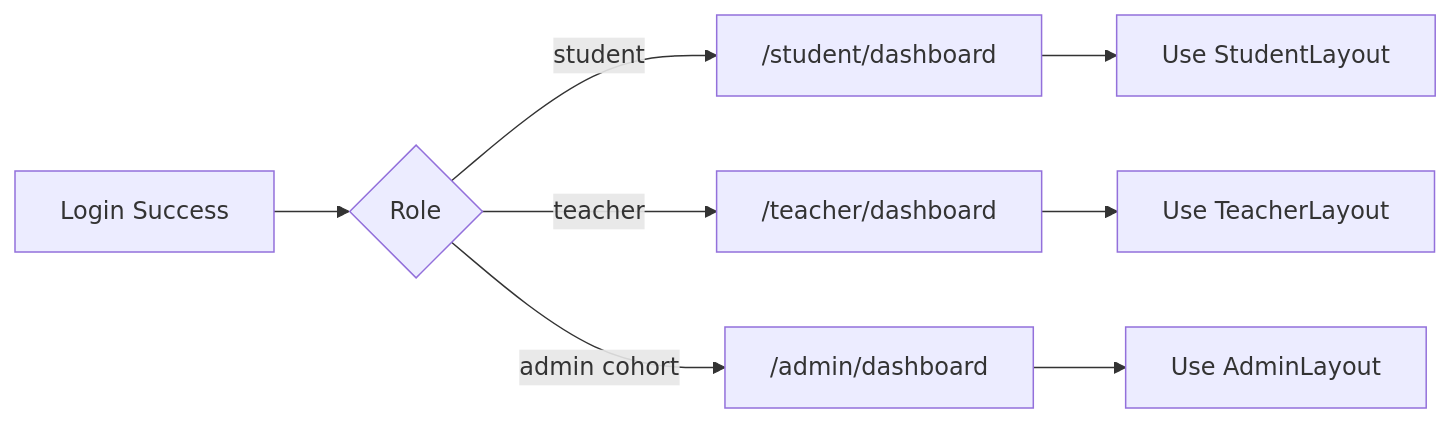
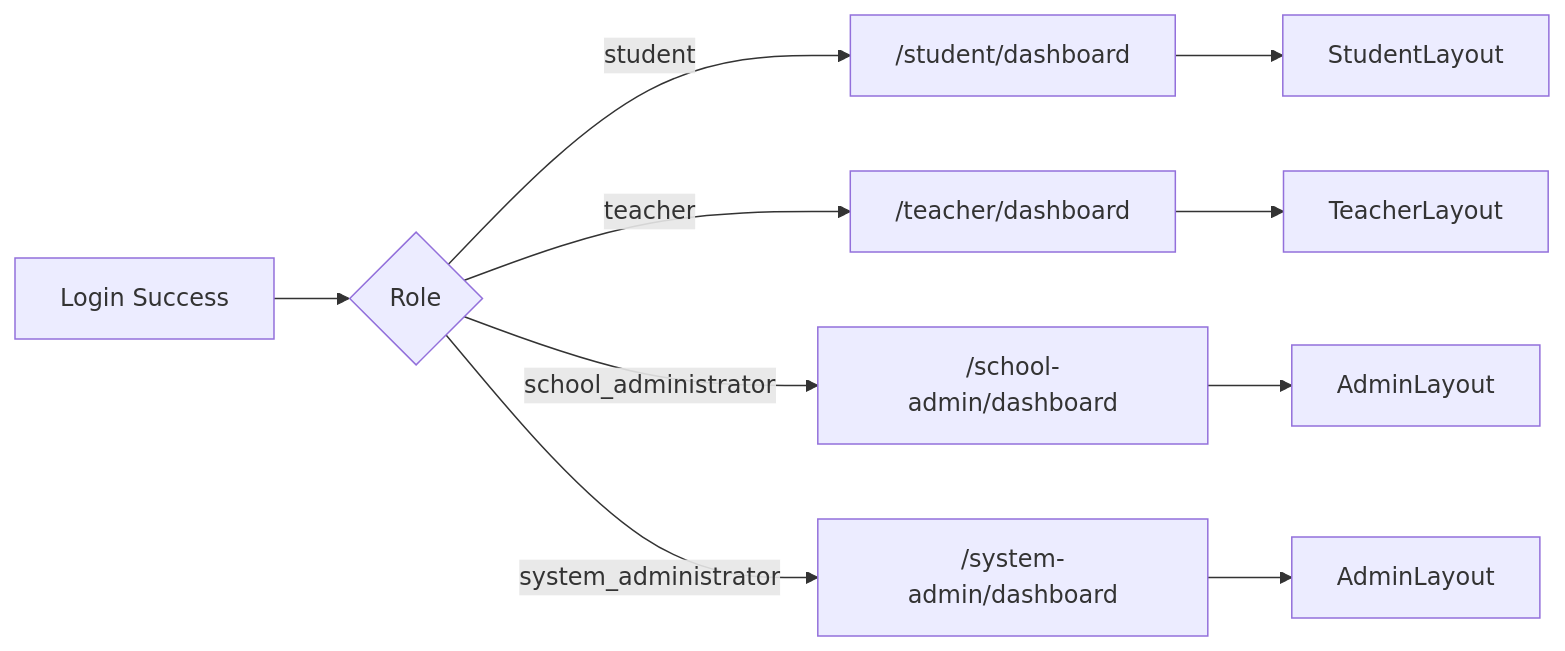
The fifth of 7 diagrams in docs/architecture/workflow-architecture.md (Software-House-Publishing/school-management), drawn with Mermaid before and after one commit. The commit also changed other lines of this file and 3 other files, not shown here.

````diff
--- a/docs/architecture/workflow-architecture.md
+++ b/docs/architecture/workflow-architecture.md
@@ -153,10 +251,12 @@
 ```mermaid
 flowchart LR
   A[Login Success] --> B{Role}
   B -- student --> C["/student/dashboard"]
   B -- teacher --> D["/teacher/dashboard"]
-  B -- admin cohort --> E["/admin/dashboard"]
-  C --> C1[Use StudentLayout]
-  D --> D1[Use TeacherLayout]
-  E --> E1[Use AdminLayout]
+  B -- school_administrator --> E["/school-admin/dashboard"]
+  B -- system_administrator --> F["/system-admin/dashboard"]
+  C --> C1[StudentLayout]
+  D --> D1[TeacherLayout]
+  E --> E1[AdminLayout]
+  F --> F1[AdminLayout]
 ```
````
